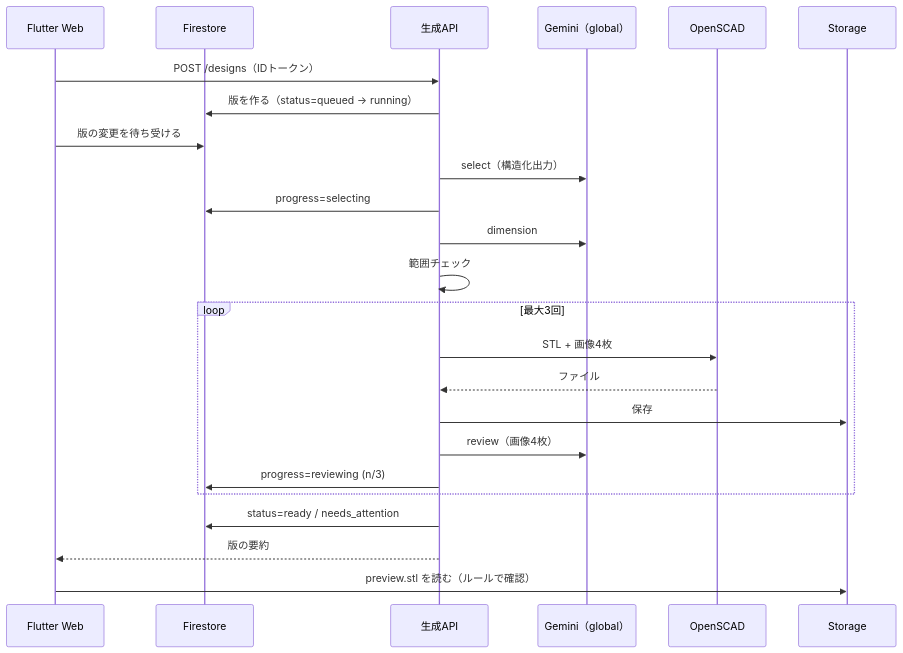
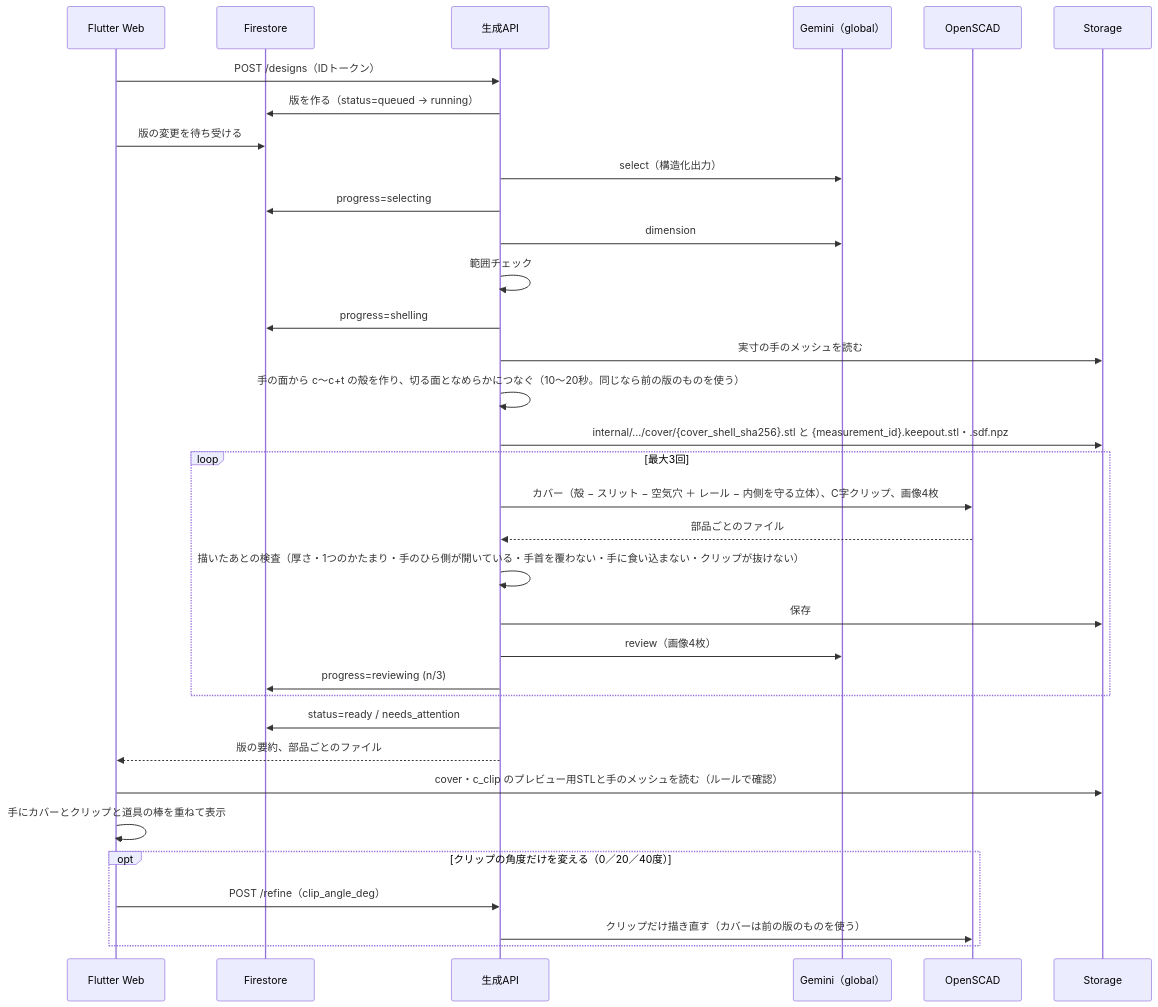
The third of 4 diagrams in docs/architecture.md (Devfest-Hackathon-2026/df-2026-t101), drawn with Mermaid before and after one commit. The commit also changed other lines of this file and 21 other files, not shown here.

````diff
--- a/docs/architecture.md
+++ b/docs/architecture.md
@@ -112,26 +137,36 @@
 ```mermaid
 sequenceDiagram
   participant App as Flutter Web
   participant FS as Firestore
   participant API as 生成API
   participant G as Gemini（global）
   participant SC as OpenSCAD
   participant ST as Storage
   App->>API: POST /designs（IDトークン）
   API->>FS: 版を作る（status=queued → running）
   App->>FS: 版の変更を待ち受ける
   API->>G: select（構造化出力）
   API->>FS: progress=selecting
   API->>G: dimension
   API->>API: 範囲チェック
+  API->>FS: progress=shelling
+  API->>ST: 実寸の手のメッシュを読む
+  API->>API: 手の面から c〜c+t の殻を作り、切る面となめらかにつなぐ（10〜20秒。同じなら前の版のものを使う）
+  API->>ST: internal/…/cover/{cover_shell_sha256}.stl と {measurement_id}.keepout.stl・.sdf.npz
   loop 最大3回
-    API->>SC: STL + 画像4枚
-    SC-->>API: ファイル
+    API->>SC: カバー（殻 − スリット − 空気穴 ＋ レール − 内側を守る立体）、C字クリップ、画像4枚
+    SC-->>API: 部品ごとのファイル
+    API->>API: 描いたあとの検査（厚さ・1つのかたまり・手のひら側が開いている・手首を覆わない・手に食い込まない・クリップが抜けない）
     API->>ST: 保存
     API->>G: review（画像4枚）
     API->>FS: progress=reviewing (n/3)
   end
   API->>FS: status=ready / needs_attention
-  API-->>App: 版の要約
-  App->>ST: preview.stl を読む（ルールで確認）
+  API-->>App: 版の要約、部品ごとのファイル
+  App->>ST: cover・c_clip のプレビュー用STLと手のメッシュを読む（ルールで確認）
+  App->>App: 手にカバーとクリップと道具の棒を重ねて表示
+  opt クリップの角度だけを変える（0／20／40度）
+    App->>API: POST /refine（clip_angle_deg）
+    API->>SC: クリップだけ描き直す（カバーは前の版のものを使う）
+  end
 ```
````
